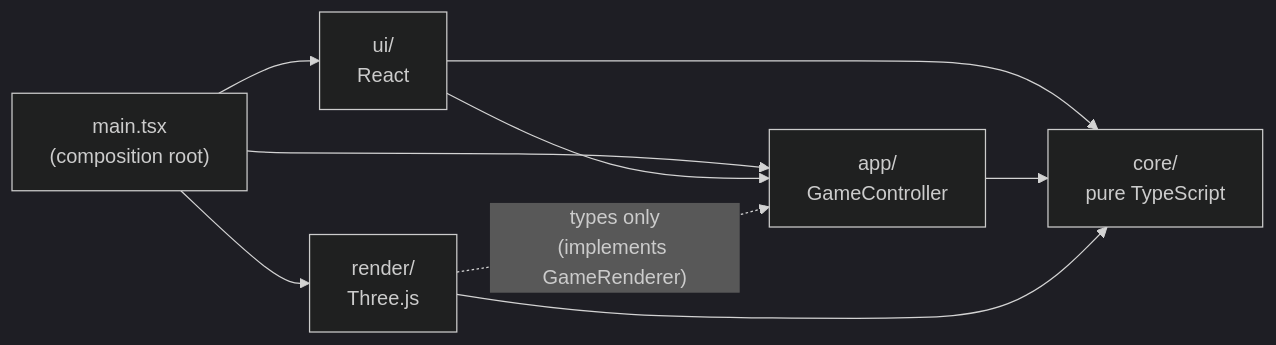
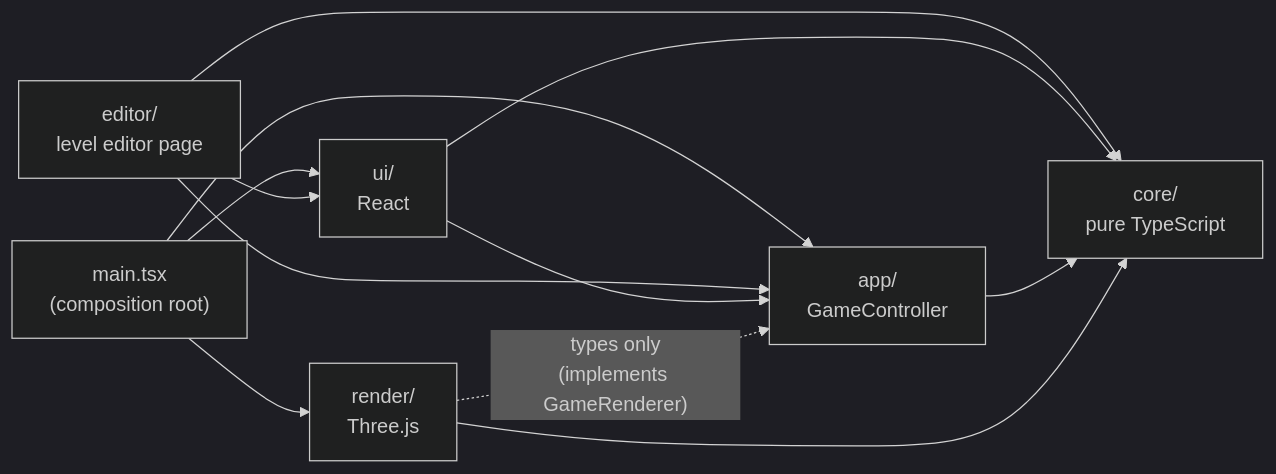
One commit to egeiran/stackhaven changed the first of 2 diagrams in docs/ARCHITECTURE.md. Above: the diagram before and after it, drawn with Mermaid (dark theme). The commit also changed other lines of this file and 4 other files, not shown here.

Commit message:
docs: document the level editor and level links; update plan status

````diff
--- a/docs/ARCHITECTURE.md
+++ b/docs/ARCHITECTURE.md
@@ -6,15 +6,17 @@
 ```mermaid
 flowchart LR
   main["main.tsx<br/>(composition root)"]
   ui["ui/<br/>React"]
   app["app/<br/>GameController"]
   render["render/<br/>Three.js"]
   core["core/<br/>pure TypeScript"]
+  editor["editor/<br/>level editor page"]
 
   main --> ui & app & render
+  editor --> ui & app & core
   ui --> app
   ui --> core
   app --> core
   render --> core
   render -. "types only<br/>(implements GameRenderer)" .-> app
 ```
````
